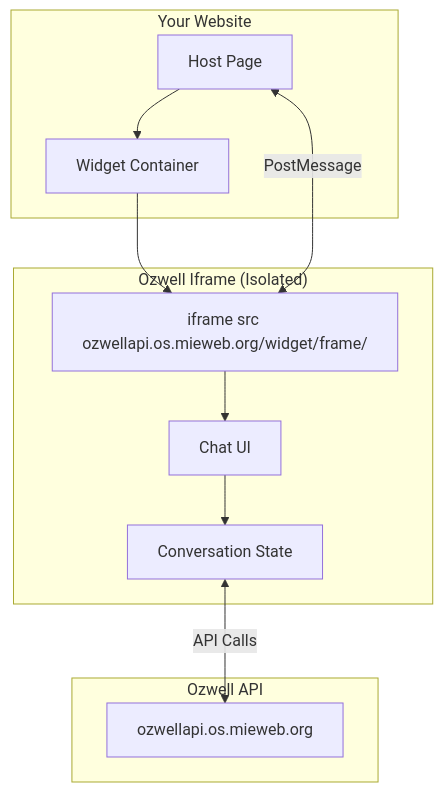
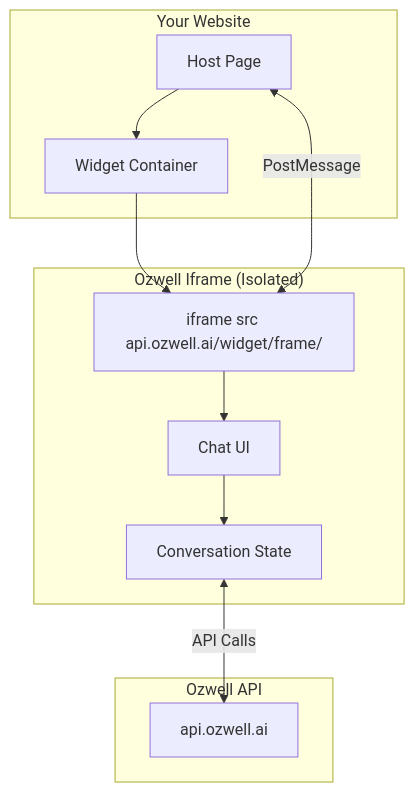
The diagram in docs/frontend/iframe-integration.md (mieweb/ozwellai-api), drawn with Mermaid before and after one commit. The commit also changed other lines of this file and 10 other files, not shown here.

````diff
--- a/docs/frontend/iframe-integration.md
+++ b/docs/frontend/iframe-integration.md
@@ -13,24 +13,24 @@
 ```mermaid
 graph TB
     subgraph "Your Website"
         Parent[Host Page]
         Container[Widget Container]
     end
     
     subgraph "Ozwell Iframe (Isolated)"
-        Iframe[iframe src ozwellapi.os.mieweb.org/widget/frame/]
+        Iframe[iframe src api.ozwell.ai/widget/frame/]
         UI[Chat UI]
         State[Conversation State]
     end
     
     subgraph "Ozwell API"
-        API[ozwellapi.os.mieweb.org]
+        API[api.ozwell.ai]
     end
     
     Parent --> Container
     Container --> Iframe
     Iframe --> UI
     UI --> State
     State <-->|API Calls| API
     Parent <-->|PostMessage| Iframe
 ```
````
